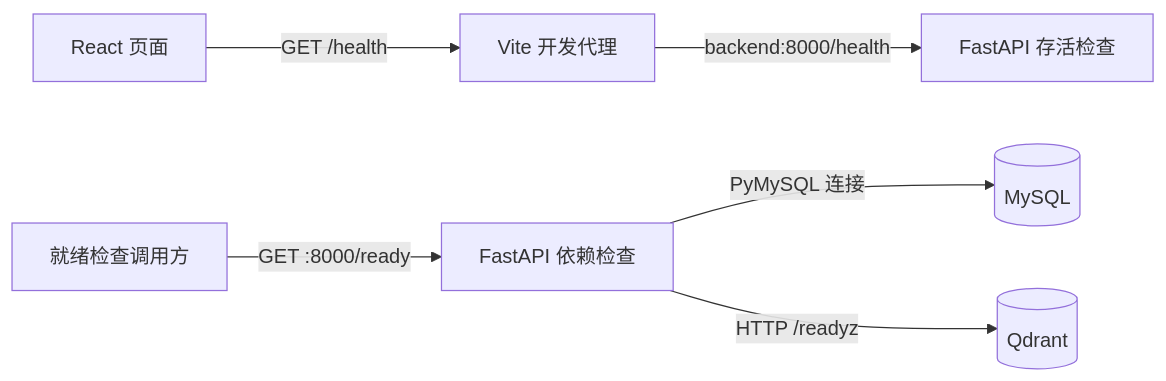
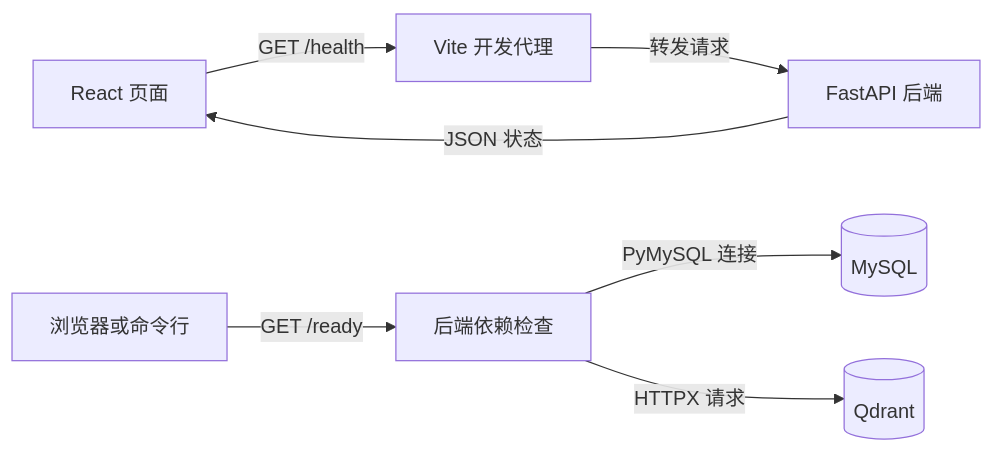
Before and after one commit to wangjiaji12138/imm-Agent: the diagram in docs/technical-summary.md, drawn with Mermaid. The commit also changed other lines of this file and 2 other files, not shown here.

````diff
--- a/docs/technical-summary.md
+++ b/docs/technical-summary.md
@@ -71,8 +13,9 @@
 ```mermaid
 flowchart LR
     UI[React 页面] -->|GET /health| Vite[Vite 开发代理]
-    Vite -->|backend:8000/health| API[FastAPI 存活检查]
-    Check[就绪检查调用方] -->|GET :8000/ready| Ready[FastAPI 依赖检查]
+    Vite -->|转发请求| API[FastAPI 后端]
+    API -->|JSON 状态| UI
+    Caller[浏览器或命令行] -->|GET /ready| Ready[后端依赖检查]
     Ready -->|PyMySQL 连接| MySQL[(MySQL)]
-    Ready -->|HTTP /readyz| Qdrant[(Qdrant)]
+    Ready -->|HTTPX 请求| Qdrant[(Qdrant)]
 ```
````
